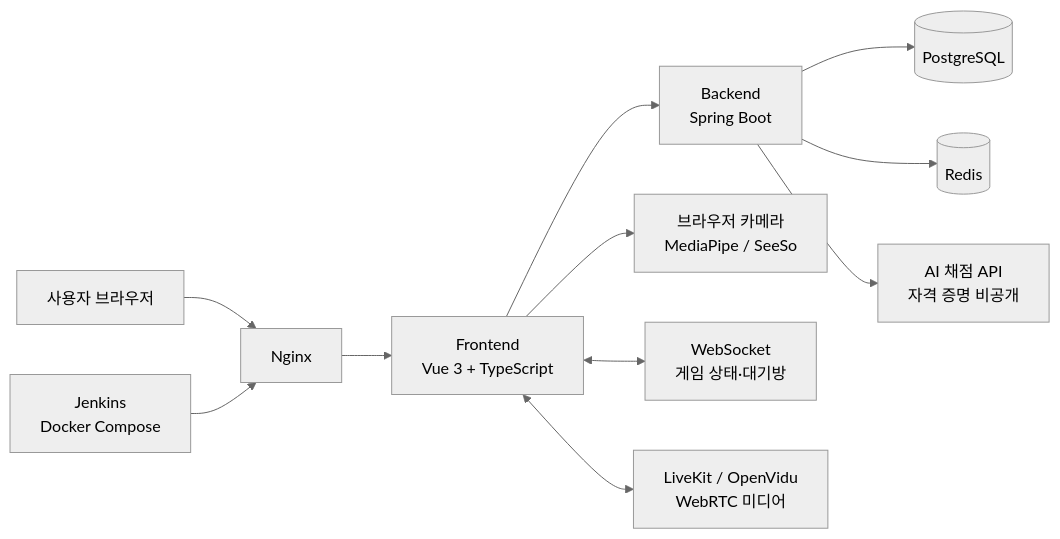
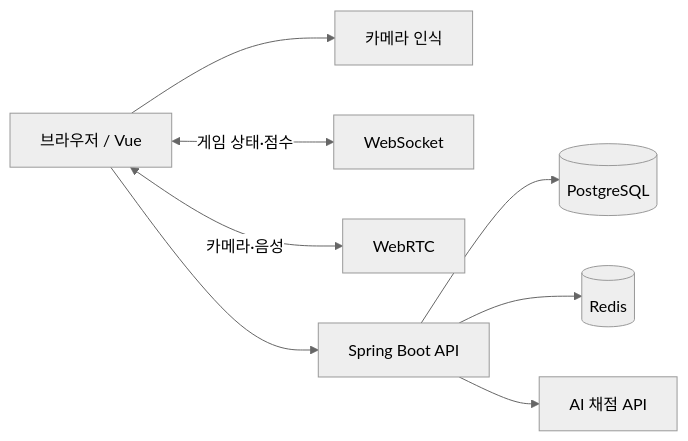
Before and after one commit to ssafypjt/eye-dont-care: the diagram in README.md, drawn with Mermaid (neutral theme). The commit also changed other lines of this file, not shown here.

````diff
--- a/README.md
+++ b/README.md
@@ -334,25 +103,10 @@
 ```mermaid
 flowchart LR
-    User[사용자 브라우저]
-    Front[Frontend\nVue 3 + TypeScript]
-    Back[Backend\nSpring Boot]
-    DB[(PostgreSQL)]
-    Cache[(Redis)]
-    Vision[브라우저 카메라\nMediaPipe / SeeSo]
-    Realtime[WebSocket\n게임 상태·대기방]
-    Media[LiveKit / OpenVidu\nWebRTC 미디어]
-    AI[AI 채점 API\n자격 증명 비공개]
-    Proxy[Nginx]
-    Deploy[Jenkins\nDocker Compose]
-
-    User --> Proxy
-    Proxy --> Front
-    Front --> Back
-    Front --> Vision
-    Front <--> Realtime
-    Front <--> Media
-    Back --> DB
-    Back --> Cache
-    Back --> AI
-    Deploy --> Proxy
+    A[브라우저 / Vue] --> B[카메라 인식]
+    A <-->|게임 상태·점수| C[WebSocket]
+    A <-->|카메라·음성| D[WebRTC]
+    A --> E[Spring Boot API]
+    E --> F[(PostgreSQL)]
+    E --> G[(Redis)]
+    E --> H[AI 채점 API]
 ```
````
